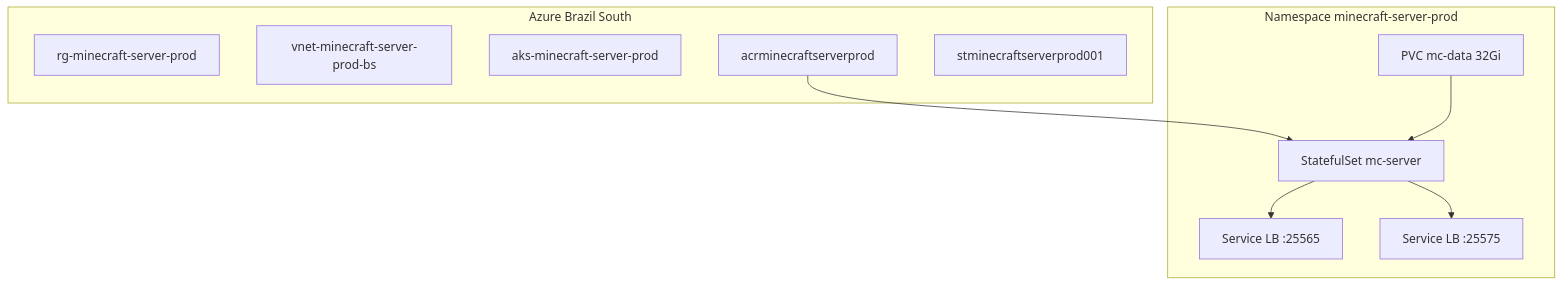
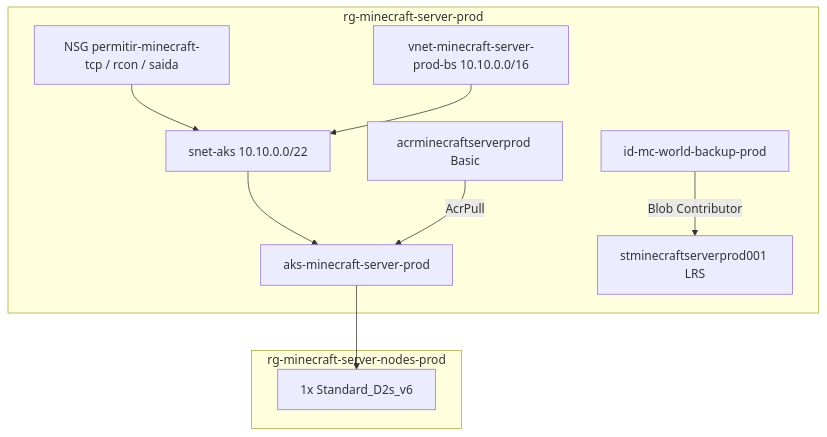
One commit to victorh-silveira/minecraft-core-server changed the diagram in docs/azure.md. Above: the diagram before and after it, drawn with Mermaid. The commit also changed other lines of this file and 75 other files, not shown here.

First line of the commit message:
feat(infra): backup AKS, annotations e documentacao PT-BR

````diff
--- a/docs/azure.md
+++ b/docs/azure.md
@@ -7,20 +7,21 @@
 ```mermaid
 flowchart TB
-  subgraph azure [Azure Brazil South]
-    rg[rg-minecraft-server-prod]
-    vnet[vnet-minecraft-server-prod-bs]
+  subgraph rg [rg-minecraft-server-prod]
+    vnet[vnet-minecraft-server-prod-bs 10.10.0.0/16]
+    snet[snet-aks 10.10.0.0/22]
+    nsg[NSG permitir-minecraft-tcp / rcon / saida]
     aks[aks-minecraft-server-prod]
-    acr[acrminecraftserverprod]
-    st[stminecraftserverprod001]
+    acr[acrminecraftserverprod Basic]
+    st[stminecraftserverprod001 LRS]
+    uami[id-mc-world-backup-prod]
   end
-  subgraph k8s [Namespace minecraft-server-prod]
-    sts[StatefulSet mc-server]
-    pvc[PVC mc-data 32Gi]
-    svcG[Service LB :25565]
-    svcR[Service LB :25575]
+  subgraph nodes [rg-minecraft-server-nodes-prod]
+    pool[1x Standard_D2s_v6]
   end
-  acr --> sts
-  pvc --> sts
-  sts --> svcG
-  sts --> svcR
+  aks --> pool
+  snet --> aks
+  nsg --> snet
+  vnet --> snet
+  acr -->|AcrPull| aks
+  uami -->|Blob Contributor| st
 ```
````
